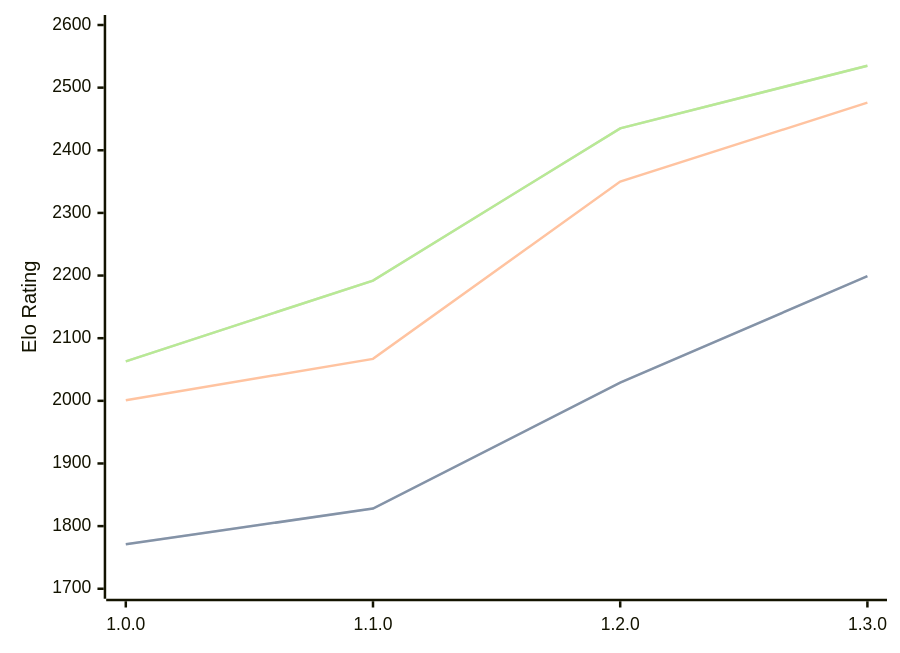
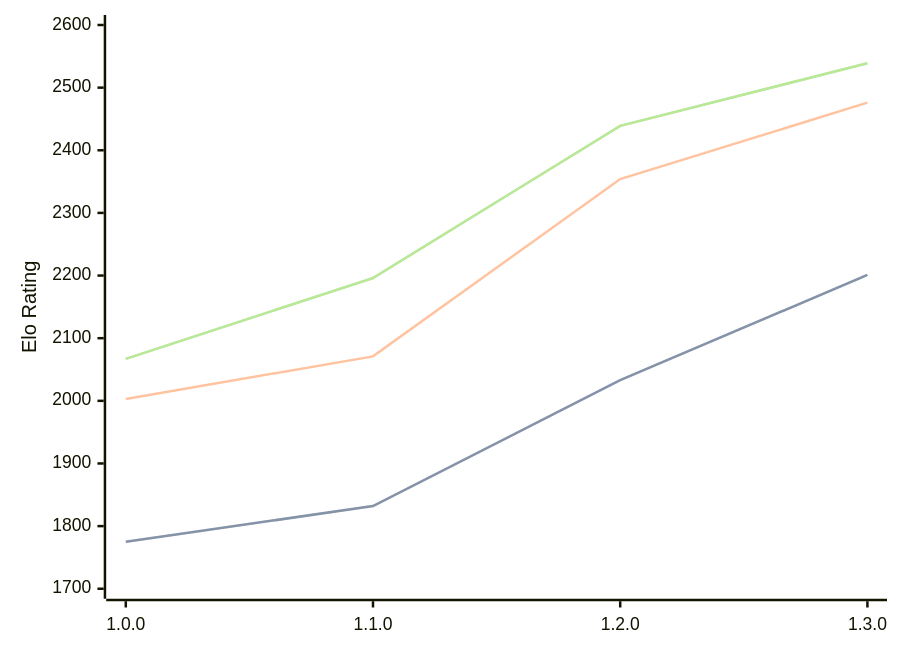
One commit to computer-chess-index/cci changed the diagram in engines/Anodos.md. Above: the diagram before and after it, drawn with Mermaid. The commit also changed other lines of this file, not shown here.

Commit message:
Update CCI Ratings (ELO VLTC) - 2026-05-02

````diff
--- a/engines/Anodos.md
+++ b/engines/Anodos.md
@@ -45,11 +45,11 @@
 ```mermaid
 %%{init: {"theme":"base","themeVariables":{"seriesColors:['#a3a3a3','#222221','#faa371']}}}%%
 xychart-beta
   x-axis ["1.0.0", "1.1.0", "1.2.0", "1.3.0"]
   y-axis "Elo Rating" 1700 --> 2600
-  line "STC (8.0+0.08s)" [1771, 1828, 2029, 2199]
-  line "STC (8.0+0.08s)" [1771, 1828, 2029, 2199]
-  line "LTC (60.0+0.60s)" [2001, 2067, 2350, 2476]
-  line "VLTC (2m24s+1.12s)" [2063, 2192, 2435, 2535]
-  line "VLTC (2m24s+1.12s)" [2063, 2192, 2435, 2535]
+  line "STC (8.0+0.08s)" [1775, 1832, 2033, 2201]
+  line "STC (8.0+0.08s)" [1775, 1832, 2033, 2201]
+  line "LTC (60.0+0.60s)" [2003, 2071, 2354, 2476]
+  line "VLTC (2m24s+1.12s)" [2067, 2196, 2439, 2539]
+  line "VLTC (2m24s+1.12s)" [2067, 2196, 2439, 2539]
 ```
````
